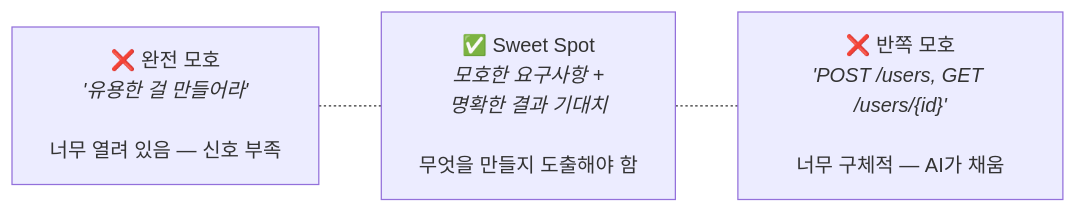
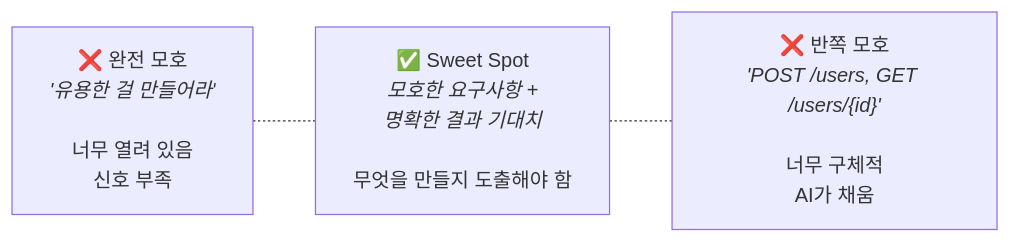
The first of 4 diagrams in content/posts/2026-02-24-ai-native-hiring-philosophy.ko.md (taokim/taokim.github.io), drawn with Mermaid before and after one commit. The commit also changed other lines of this file and 1 other file, not shown here.

```diff
--- a/content/posts/2026-02-24-ai-native-hiring-philosophy.ko.md
+++ b/content/posts/2026-02-24-ai-native-hiring-philosophy.ko.md
@@ -110,8 +112,8 @@
 {{< mermaid title="모호함의 스펙트럼" >}}
 graph LR
-    A["❌ 완전 모호<br/><i>'유용한 걸 만들어라'</i><br/><br/>너무 열려 있음 — 신호 부족"]
+    A["❌ 완전 모호<br/><i>'유용한 걸 만들어라'</i><br/><br/>너무 열려 있음<br/>신호 부족"]
     B["✅ Sweet Spot<br/><i>모호한 요구사항 +<br/>명확한 결과 기대치</i><br/><br/>무엇을 만들지 도출해야 함"]
-    C["❌ 반쪽 모호<br/><i>'POST /users, GET /users/{id}'</i><br/><br/>너무 구체적 — AI가 채움"]
+    C["❌ 반쪽 모호<br/><i>'POST /users, GET /users/{id}'</i><br/><br/>너무 구체적<br/>AI가 채움"]
 
     A -.- B -.- C
 {{< /mermaid >}}
```
